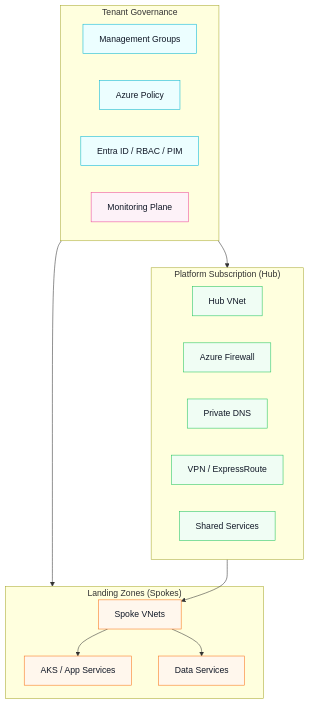
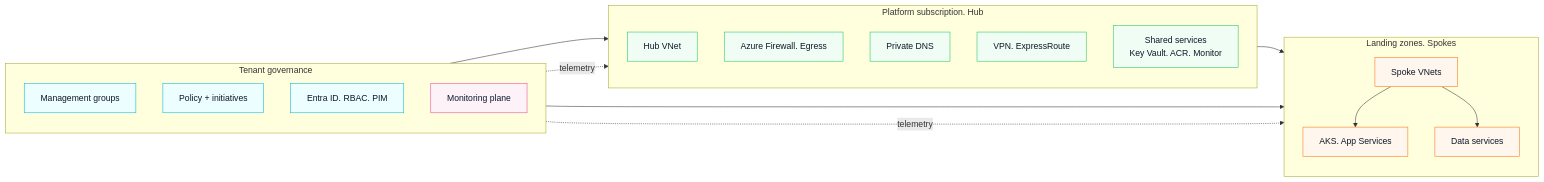
The second of 2 diagrams in README.md (gowrishacv/azure-enterprise-landing-zone), drawn with Mermaid before and after one commit.

Commit message:
docs: redesign governance-first diagram to compact layout

````diff
--- a/README.md
+++ b/README.md
@@ -110,44 +110,41 @@
 ```mermaid
-flowchart TB
-  %% Governance-first Azure Enterprise Landing Zone
+flowchart LR
+  %% Compact, governance-first view
 
-  %% ---------- Styles ----------
-  classDef gov fill:#ecfeff,stroke:#06b6d4,stroke-width:1px,color:#111827;
-  classDef repo fill:#eef2ff,stroke:#3b82f6,stroke-width:1px,color:#111827;
-  classDef platform fill:#f0fdf4,stroke:#22c55e,stroke-width:1px,color:#111827;
-  classDef spoke fill:#fff7ed,stroke:#f97316,color:#111827;
-  classDef obs fill:#fdf2f8,stroke:#ec4899,color:#111827;
-  classDef delivery fill:#fefce8,stroke:#eab308,color:#111827;
+  classDef gov fill:#ecfeff,stroke:#06b6d4,stroke-width:1px,color:#0f172a;
+  classDef platform fill:#f0fdf4,stroke:#22c55e,stroke-width:1px,color:#0f172a;
+  classDef lz fill:#fff7ed,stroke:#f97316,stroke-width:1px,color:#0f172a;
+  classDef obs fill:#fdf2f8,stroke:#ec4899,stroke-width:1px,color:#0f172a;
 
-  subgraph GOV["Tenant Governance"]
-    MG["Management Groups"]
-    POL["Azure Policy"]
-    ENTRA["Entra ID / RBAC / PIM"]
-    MONPLANE["Monitoring Plane"]
+  subgraph GOV["Tenant governance"]
+    direction TB
+    MG["Management groups"]:::gov
+    POL["Policy + initiatives"]:::gov
+    IAM["Entra ID. RBAC. PIM"]:::gov
+    MON["Monitoring plane"]:::obs
   end
 
-  subgraph HUB["Platform Subscription (Hub)"]
-    HUBVNET["Hub VNet"]
-    FW["Azure Firewall"]
-    DNS["Private DNS"]
-    GW["VPN / ExpressRoute"]
-    SHARED["Shared Services"]
+  subgraph HUB["Platform subscription. Hub"]
+    direction TB
+    HVNET["Hub VNet"]:::platform
+    AFW["Azure Firewall. Egress"]:::platform
+    PDNS["Private DNS"]:::platform
+    CONN["VPN. ExpressRoute"]:::platform
+    SHARED["Shared services\nKey Vault. ACR. Monitor"]:::platform
   end
 
-  subgraph LZ["Landing Zones (Spokes)"]
-    SPOKEVNET["Spoke VNets"]
-    AKS["AKS / App Services"]
-    DATA["Data Services"]
+  subgraph LZ["Landing zones. Spokes"]
+    direction TB
+    SVNET["Spoke VNets"]:::lz
+    APPS["AKS. App Services"]:::lz
+    DATA["Data services"]:::lz
   end
 
   GOV --> HUB
   GOV --> LZ
-  HUB --> SPOKEVNET
-  SPOKEVNET --> AKS
-  SPOKEVNET --> DATA
-
-  class MG,POL,ENTRA gov;
-  class MONPLANE obs;
-  class HUBVNET,FW,DNS,GW,SHARED platform;
-  class SPOKEVNET,AKS,DATA spoke;
+  HUB --> SVNET
+  SVNET --> APPS
+  SVNET --> DATA
+  MON -. telemetry .-> HUB
+  MON -. telemetry .-> LZ
 ```
````
